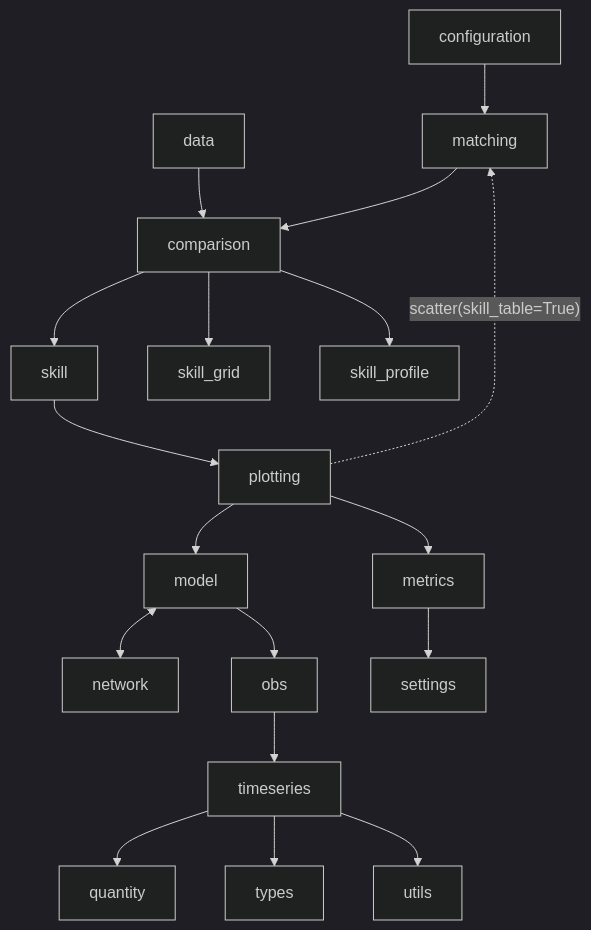
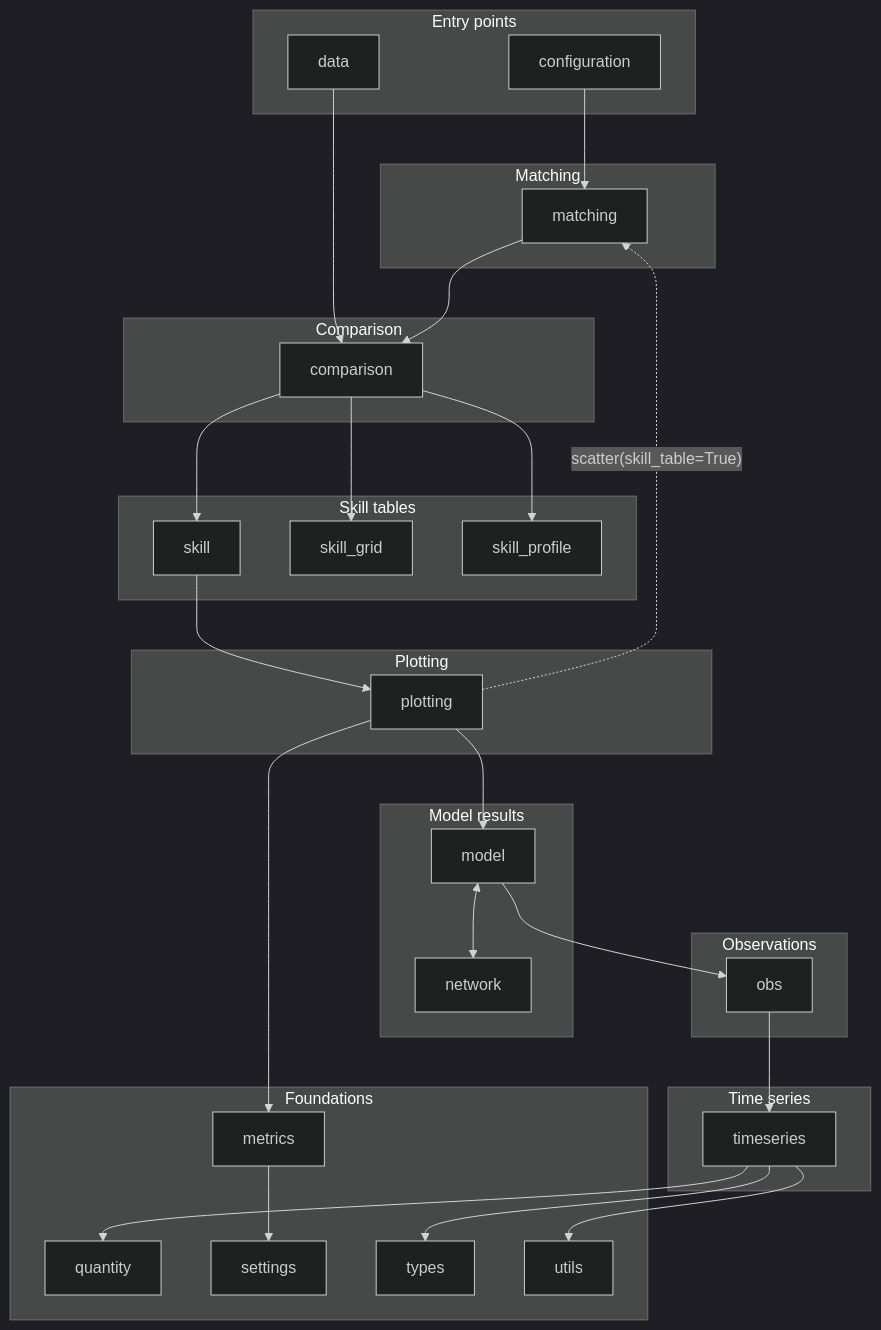
Before and after one commit to DHI/modelskill: the diagram in adr/013-import-layering.md, drawn with Mermaid (dark theme). The commit also changed other lines of this file, not shown here.

Commit message:
Name the layers in the ADR-013 diagram
Nine unlabelled rows of module names did not say what each layer is for.

````diff
--- a/adr/013-import-layering.md
+++ b/adr/013-import-layering.md
@@ -21,20 +21,55 @@
 ```mermaid
 flowchart TD
+    subgraph L1["Entry points"]
+        configuration
+        data
+    end
+    subgraph L2["Matching"]
+        matching
+    end
+    subgraph L3["Comparison"]
+        comparison
+    end
+    subgraph L4["Skill tables"]
+        skill
+        skill_grid
+        skill_profile
+    end
+    subgraph L5["Plotting"]
+        plotting
+    end
+    subgraph L6["Model results"]
+        model
+        network
+    end
+    subgraph L7["Observations"]
+        obs
+    end
+    subgraph L8["Time series"]
+        timeseries
+    end
+    subgraph L9["Foundations"]
+        metrics
+        quantity
+        settings
+        types
+        utils
+    end
     configuration --> matching
     data --> comparison
     matching --> comparison
     comparison --> skill
     comparison --> skill_grid
     comparison --> skill_profile
     skill --> plotting
     plotting --> model
     plotting --> metrics
     model <--> network
     model --> obs
     obs --> timeseries
     timeseries --> quantity
     timeseries --> types
     timeseries --> utils
     metrics --> settings
     plotting -. "scatter(skill_table=True)" .-> matching
 ```
````
